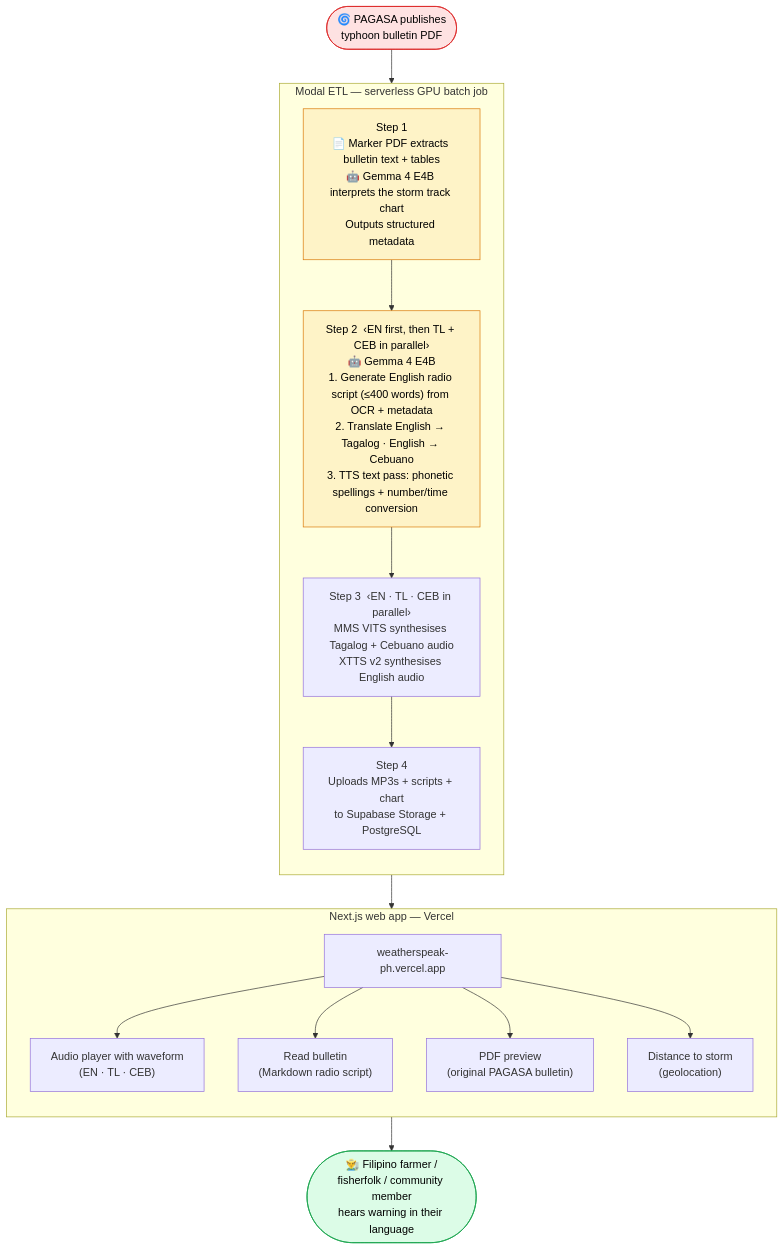
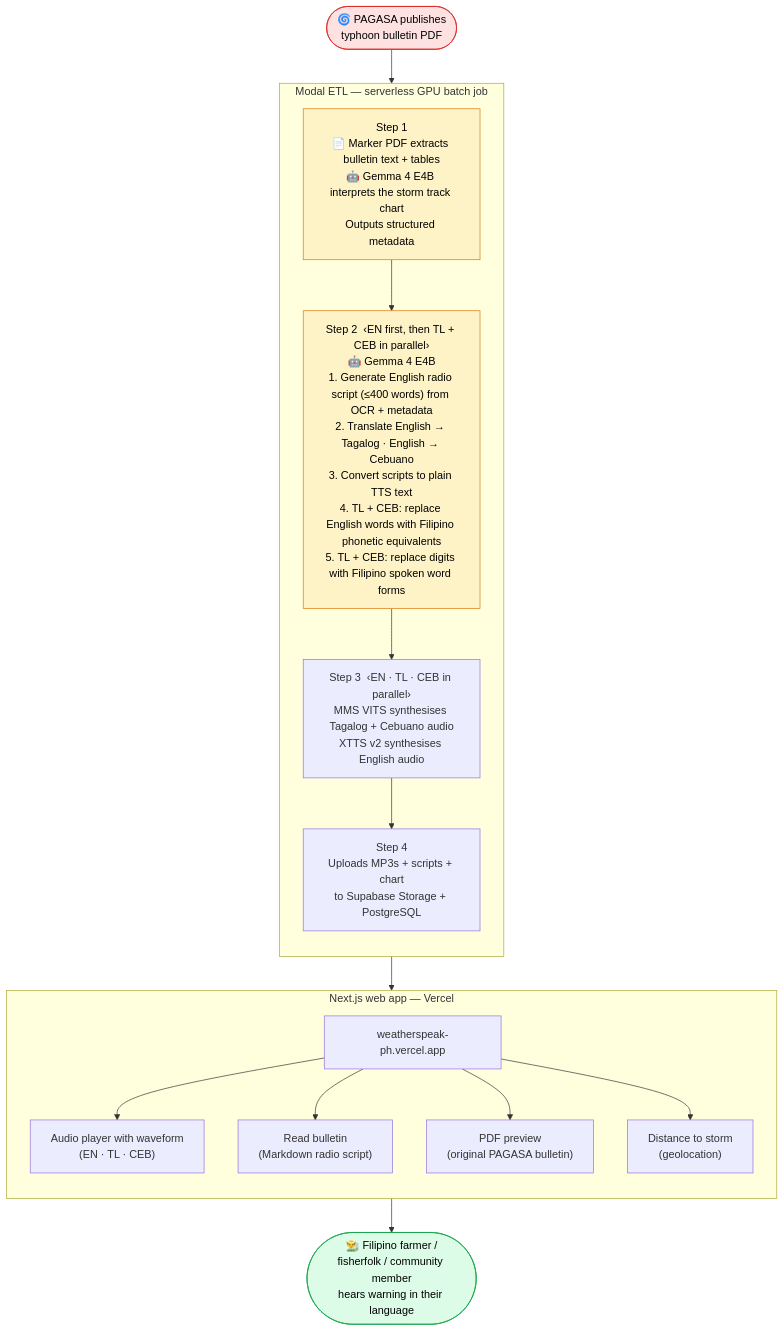
Before and after one commit to jaeyow/weatherspeak-ph: the second of 2 diagrams in README.md, drawn with Mermaid. The commit also changed other lines of this file, not shown here.

First line of the commit message:
docs: expand Step 2 mermaid to show TTS generation and TL/CEB cleanup passes

````diff
--- a/README.md
+++ b/README.md
@@ -70,35 +71,35 @@
 ```mermaid
 flowchart TD
     PAGASA(["🌀 PAGASA publishes\ntyphoon bulletin PDF"])
 
     subgraph ETL["Modal ETL  —  serverless GPU batch job"]
         direction TB
         OCR["Step 1\n📄 Marker PDF extracts bulletin text + tables\n🤖 Gemma 4 E4B interprets the storm track chart\nOutputs structured metadata"]
-        SCRIPTS["Step 2  ‹EN first, then TL + CEB in parallel›\n🤖 Gemma 4 E4B\n1. Generate English radio script (≤400 words) from OCR + metadata\n2. Translate English → Tagalog · English → Cebuano\n3. TTS text pass: phonetic spellings + number/time conversion"]
+        SCRIPTS["Step 2  ‹EN first, then TL + CEB in parallel›\n🤖 Gemma 4 E4B\n1. Generate English radio script (≤400 words) from OCR + metadata\n2. Translate English → Tagalog · English → Cebuano\n3. Convert scripts to plain TTS text\n4. TL + CEB: replace English words with Filipino phonetic equivalents\n5. TL + CEB: replace digits with Filipino spoken word forms"]
         TTS["Step 3  ‹EN · TL · CEB in parallel›\nMMS VITS synthesises Tagalog + Cebuano audio\nXTTS v2 synthesises English audio"]
         UPLOAD["Step 4\nUploads MP3s + scripts + chart\nto Supabase Storage + PostgreSQL"]
         OCR --> SCRIPTS --> TTS --> UPLOAD
     end
 
     subgraph WEB["Next.js web app  —  Vercel"]
         direction TB
         SITE["weatherspeak-ph.vercel.app"]
         PLAYER["Audio player with waveform\n(EN · TL · CEB)"]
         SCRIPT["Read bulletin\n(Markdown radio script)"]
         PDF_PREV["PDF preview\n(original PAGASA bulletin)"]
         GEO["Distance to storm\n(geolocation)"]
         SITE --> PLAYER
         SITE --> SCRIPT
         SITE --> PDF_PREV
         SITE --> GEO
     end
 
     USER(["👨‍🌾 Filipino farmer /\nfisherfolk / community member\nhears warning in their language"])
 
     PAGASA --> ETL --> WEB --> USER
 
     style OCR fill:#fef3c7,stroke:#d97706,color:#000
     style SCRIPTS fill:#fef3c7,stroke:#d97706,color:#000
     style PAGASA fill:#fee2e2,stroke:#dc2626,color:#000
     style USER fill:#dcfce7,stroke:#16a34a,color:#000
 ```
````
